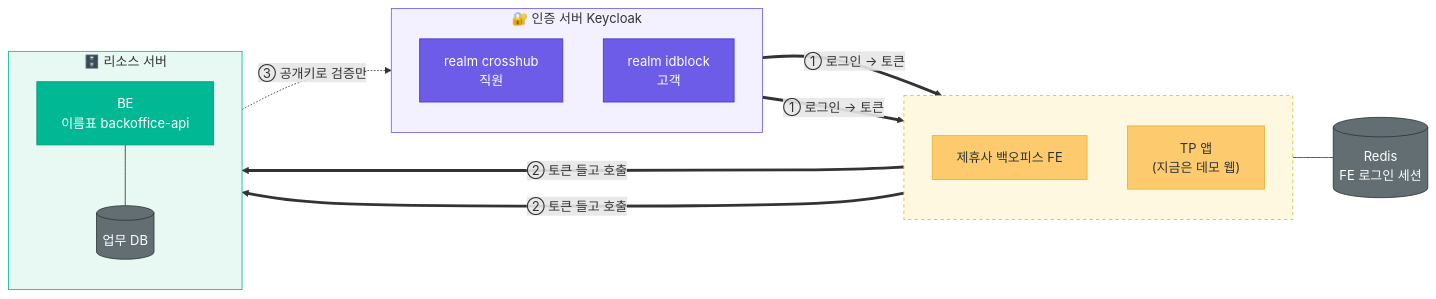
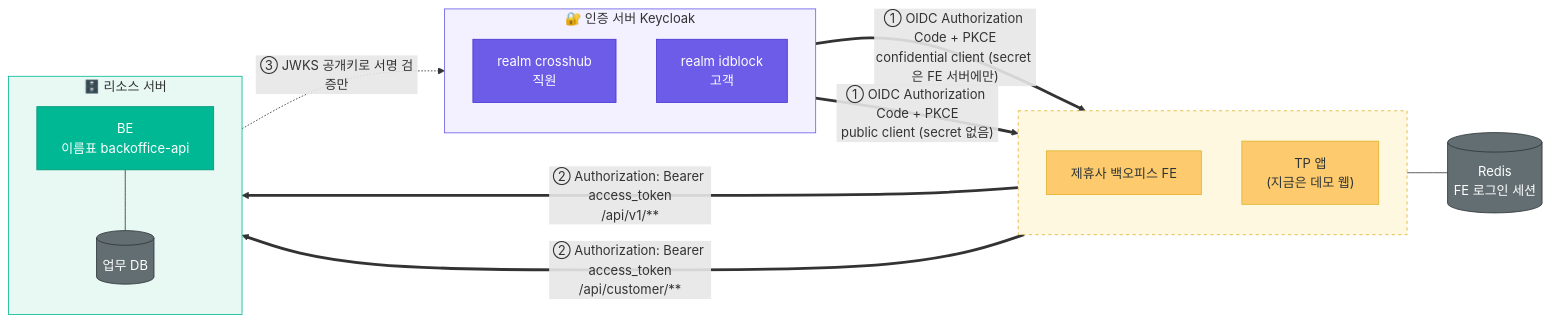
One commit to crosshub-poc-backoffice/travelpass-backoffice-BE changed the first of 3 diagrams in docs/architecture-overview.md. Above: the diagram before and after it, drawn with Mermaid. The commit also changed other lines of this file, not shown here.

Commit message:
docs: 구조 그림 화살표에 연동 방식(Authorization Code + PKCE, Bearer, JWKS) 표시

````diff
--- a/docs/architecture-overview.md
+++ b/docs/architecture-overview.md
@@ -9,39 +9,39 @@
 ```mermaid
 flowchart LR
   subgraph KC["🔐 인증 서버 Keycloak"]
     direction TB
     R1["realm crosshub<br/>직원"]
     R2["realm idblock<br/>고객"]
   end
   subgraph C[" "]
     direction TB
     FE["제휴사 백오피스 FE"]
     APP["TP 앱<br/>(지금은 데모 웹)"]
   end
   REDIS[("Redis<br/>FE 로그인 세션")]
   subgraph RS["🗄️ 리소스 서버"]
     direction TB
     BE["BE<br/>이름표 backoffice-api"]
     DB[("업무 DB")]
   end
 
-  R1 == "① 로그인 → 토큰" ==> FE
-  R2 == "① 로그인 → 토큰" ==> APP
-  FE == "② 토큰 들고 호출" ==> BE
-  APP == "② 토큰 들고 호출" ==> BE
+  R1 == "① OIDC Authorization Code + PKCE<br/>confidential client (secret 은 FE 서버에만)" ==> FE
+  R2 == "① OIDC Authorization Code + PKCE<br/>public client (secret 없음)" ==> APP
+  FE == "② Authorization: Bearer access_token<br/>/api/v1/**" ==> BE
+  APP == "② Authorization: Bearer access_token<br/>/api/customer/**" ==> BE
   FE --- REDIS
   BE --- DB
-  BE -. "③ 공개키로 검증만" .-> KC
+  BE -. "③ JWKS 공개키로 서명 검증만" .-> KC
 
   classDef auth fill:#6C5CE7,stroke:#4834d4,color:#fff
   classDef app fill:#FDCB6E,stroke:#e1b12c,color:#2d3436
   classDef rs fill:#00B894,stroke:#019875,color:#fff
   classDef db fill:#636e72,stroke:#2d3436,color:#fff
   class R1,R2 auth
   class FE,APP app
   class BE rs
   class DB,REDIS db
   style C fill:#fff8e1,stroke:#e1b12c,stroke-dasharray:4
   style KC fill:#f3f0ff,stroke:#6C5CE7
   style RS fill:#e8f8f3,stroke:#00B894
 ```
````
